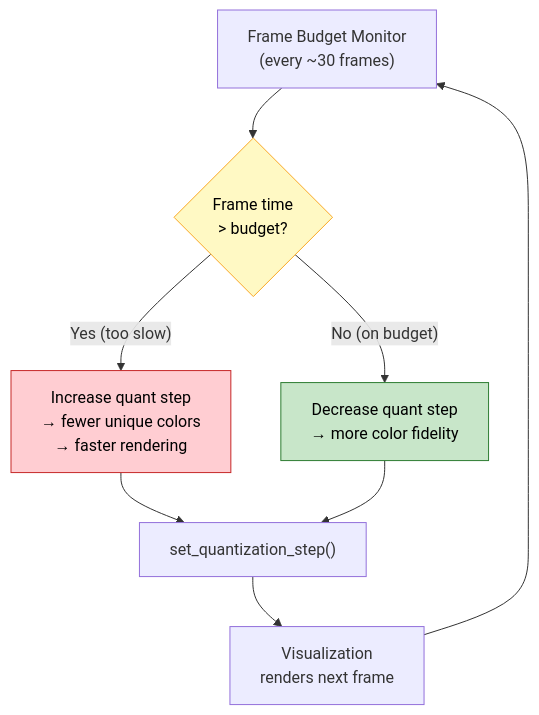
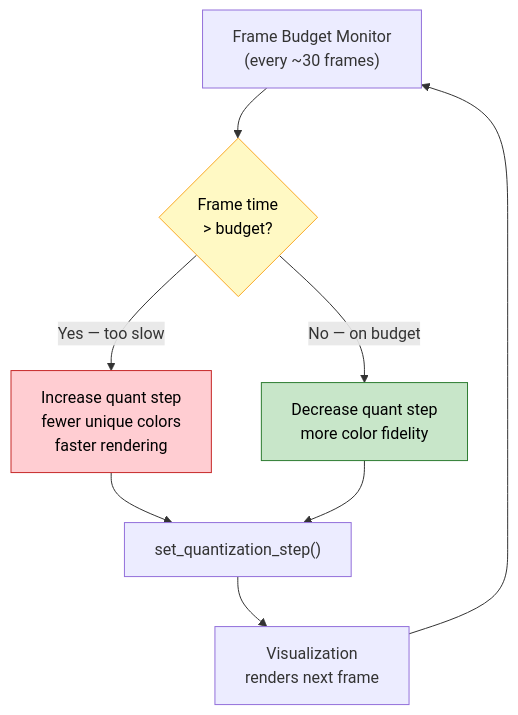
One commit to joelmgallant/terminal-vibes changed the third of 3 diagrams in README.md. Above: the diagram before and after it, drawn with Mermaid. The commit also changed other lines of this file, not shown here.

Commit message:
docs: improve mermaid diagrams with color fills and clearer layout

````diff
--- a/README.md
+++ b/README.md
@@ -309,14 +331,14 @@
 ```mermaid
 flowchart TD
-    FB["Frame Budget Monitor\n(every ~30 frames)"] --> Check{"Frame time\n> budget?"}
-    Check -->|"Yes (too slow)"| Coarsen["Increase quant step\n→ fewer unique colors\n→ faster rendering"]
-    Check -->|"No (on budget)"| Fine["Decrease quant step\n→ more color fidelity"]
+    FB["Frame Budget Monitor<br/>(every ~30 frames)"] --> Check{"Frame time<br/>> budget?"}
+    Check -->|"Yes — too slow"| Coarsen["Increase quant step<br/>fewer unique colors<br/>faster rendering"]
+    Check -->|"No — on budget"| Fine["Decrease quant step<br/>more color fidelity"]
     Coarsen --> SQ["set_quantization_step()"]
     Fine --> SQ
-    SQ --> V["Visualization\nrenders next frame"]
+    SQ --> V["Visualization<br/>renders next frame"]
     V --> FB
 
     style Check fill:#fff9c4,stroke:#f9a825,color:#000
     style Coarsen fill:#ffcdd2,stroke:#c62828,color:#000
     style Fine fill:#c8e6c9,stroke:#2e7d32,color:#000
 ```
````
